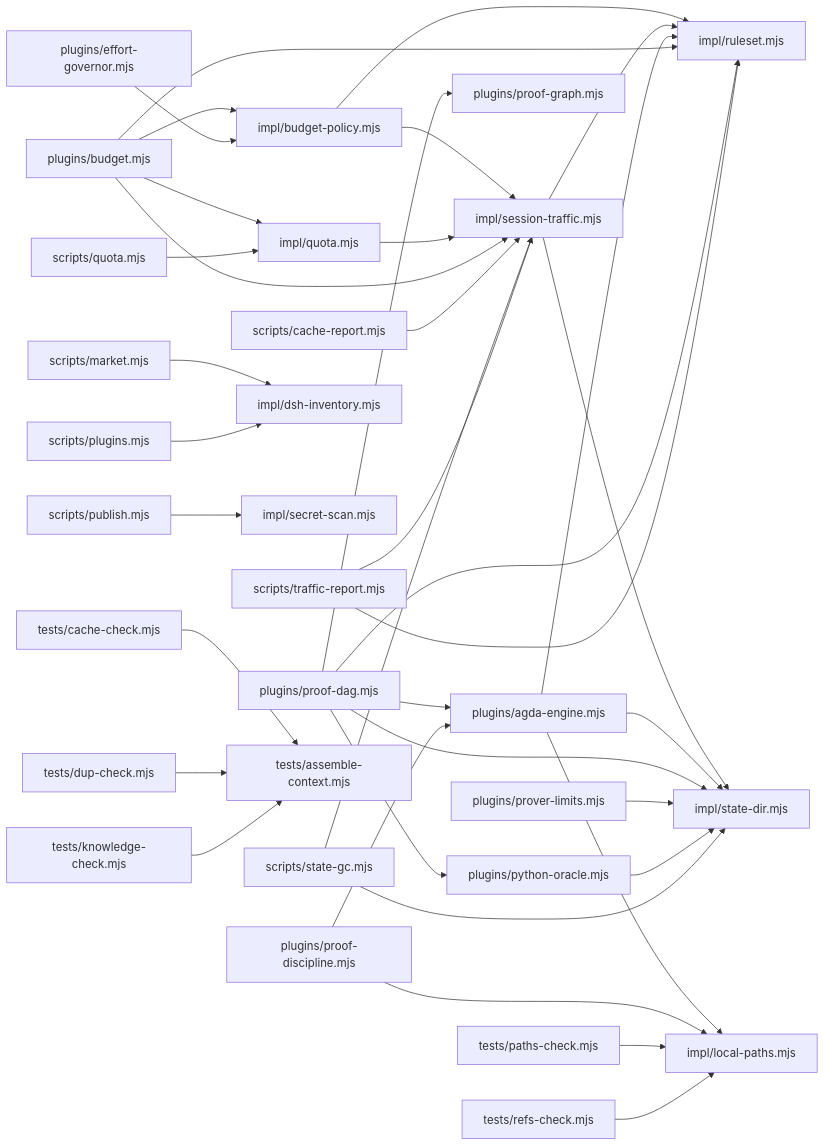
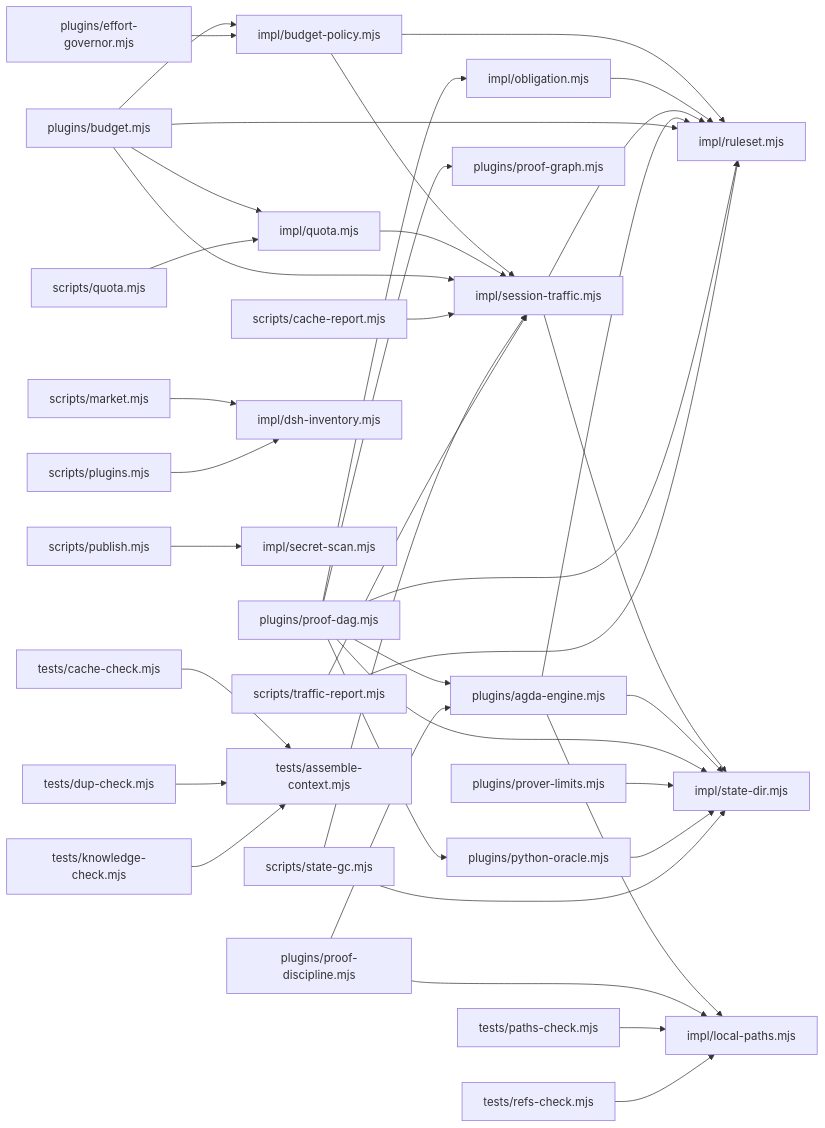
Before and after one commit to clearnature/dsh-math-proof: the diagram in math-proof/docs/maps/M2-dependency.md, drawn with Mermaid. The commit also changed other lines of this file and 10 other files, not shown here.

First line of the commit message:
feat(plan): 证明义务分解器 proof_dag action:"plan"（形状表 + 纪律校验 + 先看后写）

````diff
--- a/math-proof/docs/maps/M2-dependency.md
+++ b/math-proof/docs/maps/M2-dependency.md
@@ -56,39 +56,41 @@
 ```mermaid
 graph LR
   impl_budget-policy_mjs["impl/budget-policy.mjs"] --> impl_ruleset_mjs["impl/ruleset.mjs"]
   impl_budget-policy_mjs["impl/budget-policy.mjs"] --> impl_session-traffic_mjs["impl/session-traffic.mjs"]
+  impl_obligation_mjs["impl/obligation.mjs"] --> impl_ruleset_mjs["impl/ruleset.mjs"]
   impl_quota_mjs["impl/quota.mjs"] --> impl_session-traffic_mjs["impl/session-traffic.mjs"]
   impl_session-traffic_mjs["impl/session-traffic.mjs"] --> impl_ruleset_mjs["impl/ruleset.mjs"]
   impl_session-traffic_mjs["impl/session-traffic.mjs"] --> impl_state-dir_mjs["impl/state-dir.mjs"]
   plugins_agda-engine_mjs["plugins/agda-engine.mjs"] --> impl_local-paths_mjs["impl/local-paths.mjs"]
   plugins_agda-engine_mjs["plugins/agda-engine.mjs"] --> impl_ruleset_mjs["impl/ruleset.mjs"]
   plugins_agda-engine_mjs["plugins/agda-engine.mjs"] --> impl_state-dir_mjs["impl/state-dir.mjs"]
   plugins_budget_mjs["plugins/budget.mjs"] --> impl_budget-policy_mjs["impl/budget-policy.mjs"]
   plugins_budget_mjs["plugins/budget.mjs"] --> impl_quota_mjs["impl/quota.mjs"]
   plugins_budget_mjs["plugins/budget.mjs"] --> impl_ruleset_mjs["impl/ruleset.mjs"]
   plugins_budget_mjs["plugins/budget.mjs"] --> impl_session-traffic_mjs["impl/session-traffic.mjs"]
   plugins_effort-governor_mjs["plugins/effort-governor.mjs"] --> impl_budget-policy_mjs["impl/budget-policy.mjs"]
+  plugins_proof-dag_mjs["plugins/proof-dag.mjs"] --> impl_obligation_mjs["impl/obligation.mjs"]
   plugins_proof-dag_mjs["plugins/proof-dag.mjs"] --> impl_ruleset_mjs["impl/ruleset.mjs"]
   plugins_proof-dag_mjs["plugins/proof-dag.mjs"] --> impl_state-dir_mjs["impl/state-dir.mjs"]
   plugins_proof-dag_mjs["plugins/proof-dag.mjs"] --> plugins_agda-engine_mjs["plugins/agda-engine.mjs"]
   plugins_proof-dag_mjs["plugins/proof-dag.mjs"] --> plugins_proof-graph_mjs["plugins/proof-graph.mjs"]
   plugins_proof-dag_mjs["plugins/proof-dag.mjs"] --> plugins_python-oracle_mjs["plugins/python-oracle.mjs"]
   plugins_proof-discipline_mjs["plugins/proof-discipline.mjs"] --> impl_local-paths_mjs["impl/local-paths.mjs"]
   plugins_proof-discipline_mjs["plugins/proof-discipline.mjs"] --> plugins_agda-engine_mjs["plugins/agda-engine.mjs"]
   plugins_prover-limits_mjs["plugins/prover-limits.mjs"] --> impl_state-dir_mjs["impl/state-dir.mjs"]
   plugins_python-oracle_mjs["plugins/python-oracle.mjs"] --> impl_state-dir_mjs["impl/state-dir.mjs"]
   scripts_cache-report_mjs["scripts/cache-report.mjs"] --> impl_session-traffic_mjs["impl/session-traffic.mjs"]
   scripts_market_mjs["scripts/market.mjs"] --> impl_dsh-inventory_mjs["impl/dsh-inventory.mjs"]
   scripts_plugins_mjs["scripts/plugins.mjs"] --> impl_dsh-inventory_mjs["impl/dsh-inventory.mjs"]
   scripts_publish_mjs["scripts/publish.mjs"] --> impl_secret-scan_mjs["impl/secret-scan.mjs"]
   scripts_quota_mjs["scripts/quota.mjs"] --> impl_quota_mjs["impl/quota.mjs"]
   scripts_state-gc_mjs["scripts/state-gc.mjs"] --> impl_session-traffic_mjs["impl/session-traffic.mjs"]
   scripts_state-gc_mjs["scripts/state-gc.mjs"] --> impl_state-dir_mjs["impl/state-dir.mjs"]
   scripts_traffic-report_mjs["scripts/traffic-report.mjs"] --> impl_ruleset_mjs["impl/ruleset.mjs"]
   scripts_traffic-report_mjs["scripts/traffic-report.mjs"] --> impl_session-traffic_mjs["impl/session-traffic.mjs"]
   tests_cache-check_mjs["tests/cache-check.mjs"] --> tests_assemble-context_mjs["tests/assemble-context.mjs"]
   tests_dup-check_mjs["tests/dup-check.mjs"] --> tests_assemble-context_mjs["tests/assemble-context.mjs"]
   tests_knowledge-check_mjs["tests/knowledge-check.mjs"] --> tests_assemble-context_mjs["tests/assemble-context.mjs"]
   tests_paths-check_mjs["tests/paths-check.mjs"] --> impl_local-paths_mjs["impl/local-paths.mjs"]
   tests_refs-check_mjs["tests/refs-check.mjs"] --> impl_local-paths_mjs["impl/local-paths.mjs"]
 ```
````
